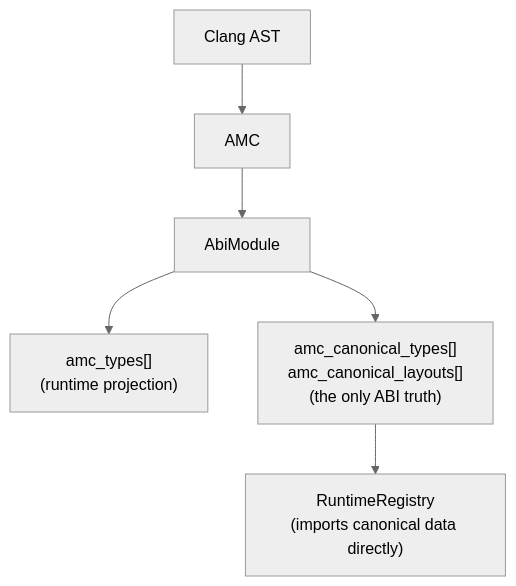
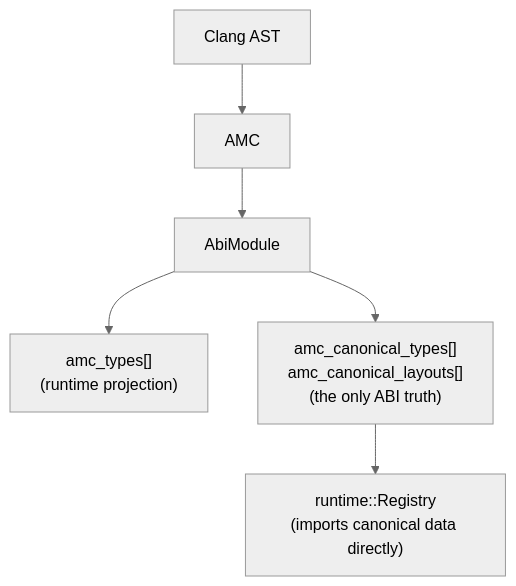
The sixth of 9 diagrams in docs/development/design-notes.md (Sukanle/ABIX), drawn with Mermaid (neutral theme) before and after one commit. The commit also changed other lines of this file and 262 other files, not shown here.

````diff
--- a/docs/development/design-notes.md
+++ b/docs/development/design-notes.md
@@ -213,7 +213,7 @@
 ```mermaid
 flowchart TD
     ast["Clang AST"] --> amc["AMC"] --> module["AbiModule"]
     module --> types["amc_types[]<br/>(runtime projection)"]
     module --> canon["amc_canonical_types[]<br/>amc_canonical_layouts[]<br/>(the only ABI truth)"]
-    canon --> registry["RuntimeRegistry<br/>(imports canonical data directly)"]
+    canon --> registry["runtime::Registry<br/>(imports canonical data directly)"]
 ```
````
